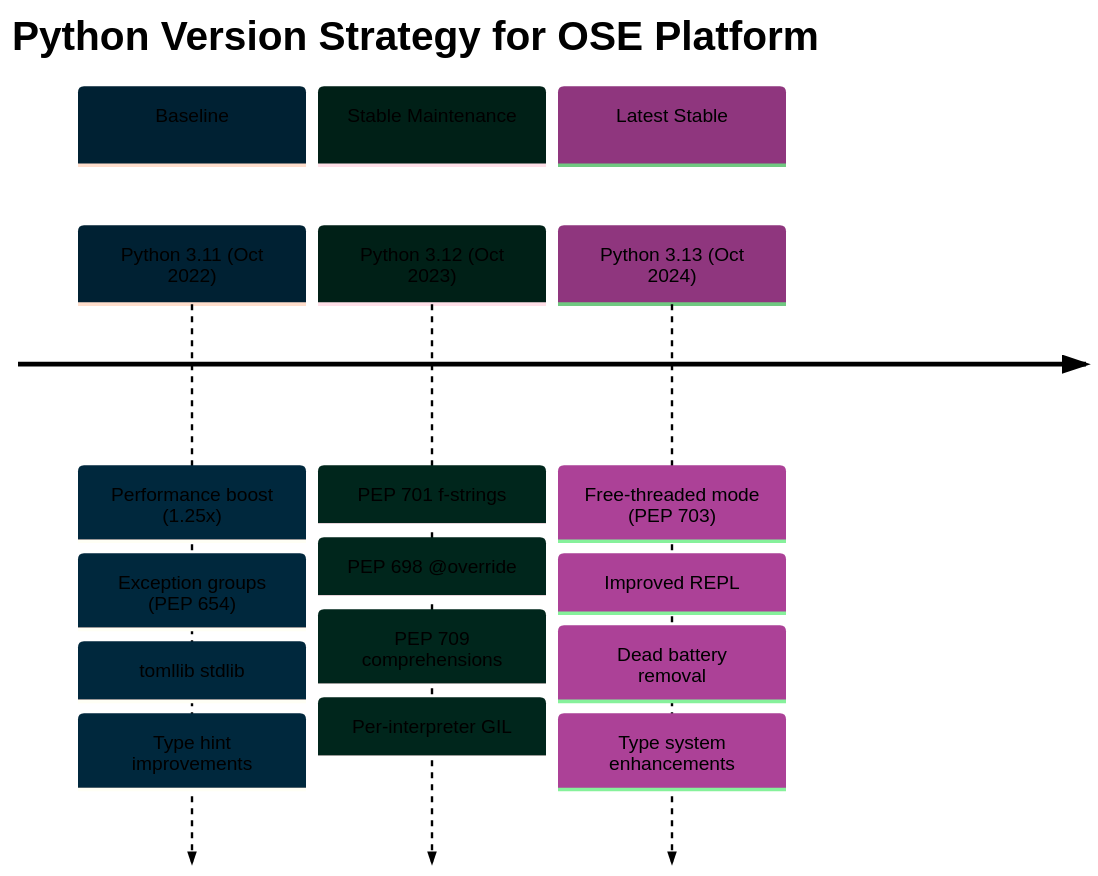
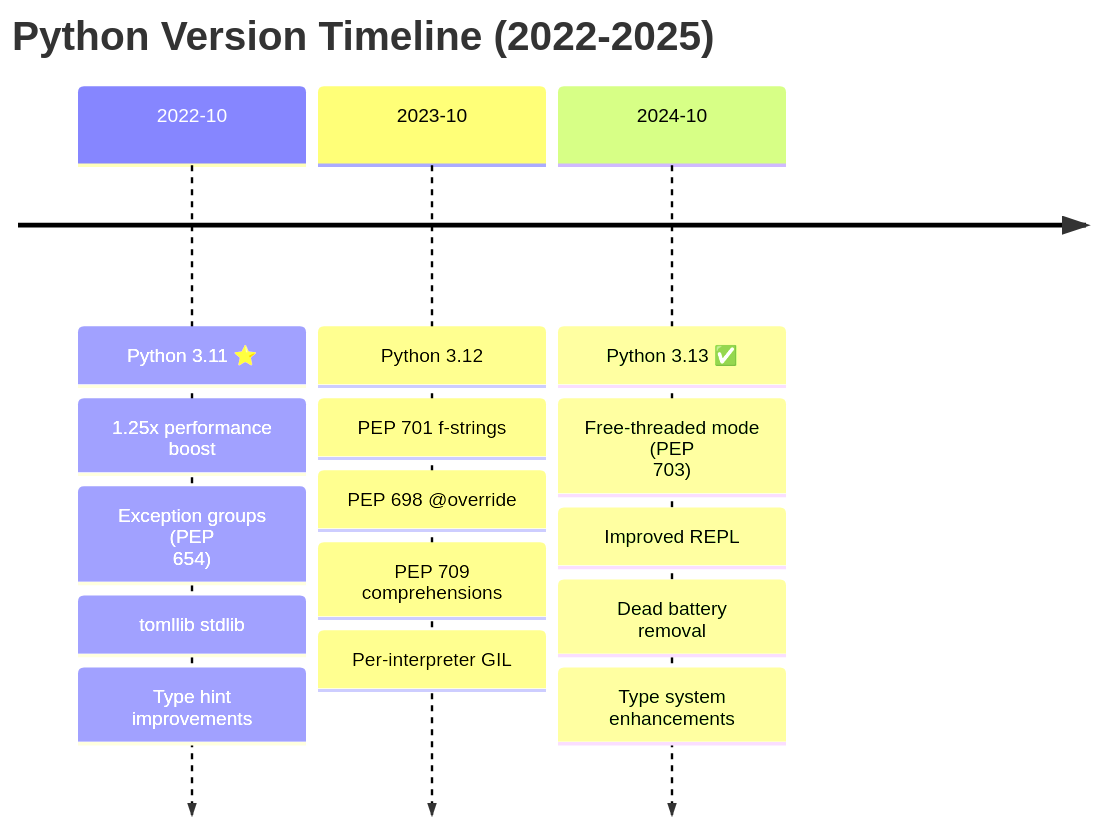
Before and after one commit to wahidyankf/open-sharia-enterprise: the diagram in docs/explanation/software/stack-lang/python/README.md, drawn with Mermaid. The commit also changed other lines of this file and 3 other files, not shown here.

````diff
--- a/docs/explanation/software/stack-lang/python/README.md
+++ b/docs/explanation/software/stack-lang/python/README.md
@@ -113,20 +76,20 @@
 ```mermaid
-%%{init: {'theme': 'base', 'themeVariables': { 'primaryColor': '#0173B2', 'primaryTextColor': '#000', 'primaryBorderColor': '#0173B2', 'lineColor': '#DE8F05', 'secondaryColor': '#029E73', 'tertiaryColor': '#CC78BC', 'background': '#fff', 'mainBkg': '#fff'}}}%%
+%% Color Palette: Blue #0173B2, Orange #DE8F05, Teal #029E73, Purple #CC78BC, Brown #CA9161
 timeline
-    title Python Version Strategy for OSE Platform
-    section Baseline
-        Python 3.11 (Oct 2022) : Performance boost (1.25x)
-                               : Exception groups (PEP 654)
-                               : tomllib stdlib
-                               : Type hint improvements
-    section Stable Maintenance
-        Python 3.12 (Oct 2023) : PEP 701 f-strings
-                               : PEP 698 @override
-                               : PEP 709 comprehensions
-                               : Per-interpreter GIL
-    section Latest Stable
-        Python 3.13 (Oct 2024) : Free-threaded mode (PEP 703)
-                               : Improved REPL
-                               : Dead battery removal
-                               : Type system enhancements
+    title Python Version Timeline (2022-2025)
+    2022-10 : Python 3.11 ⭐
+            : 1.25x performance boost
+            : Exception groups #40;PEP 654#41;
+            : tomllib stdlib
+            : Type hint improvements
+    2023-10 : Python 3.12
+            : PEP 701 f-strings
+            : PEP 698 @override
+            : PEP 709 comprehensions
+            : Per-interpreter GIL
+    2024-10 : Python 3.13 ✅
+            : Free-threaded mode #40;PEP 703#41;
+            : Improved REPL
+            : Dead battery removal
+            : Type system enhancements
 ```
````
